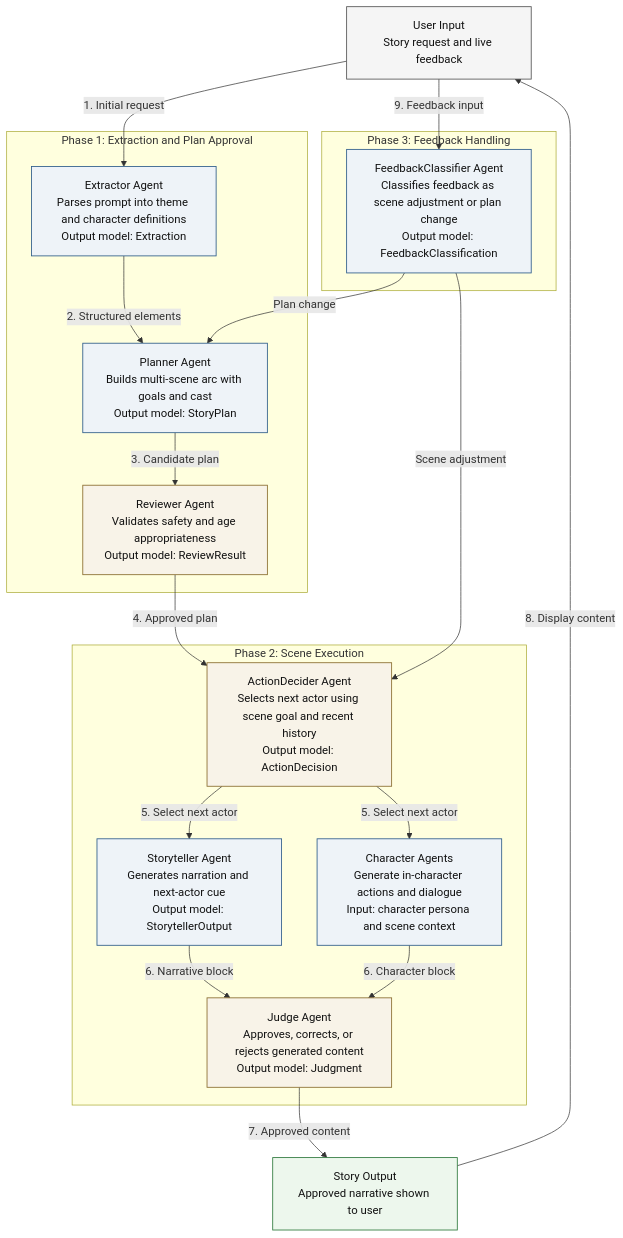
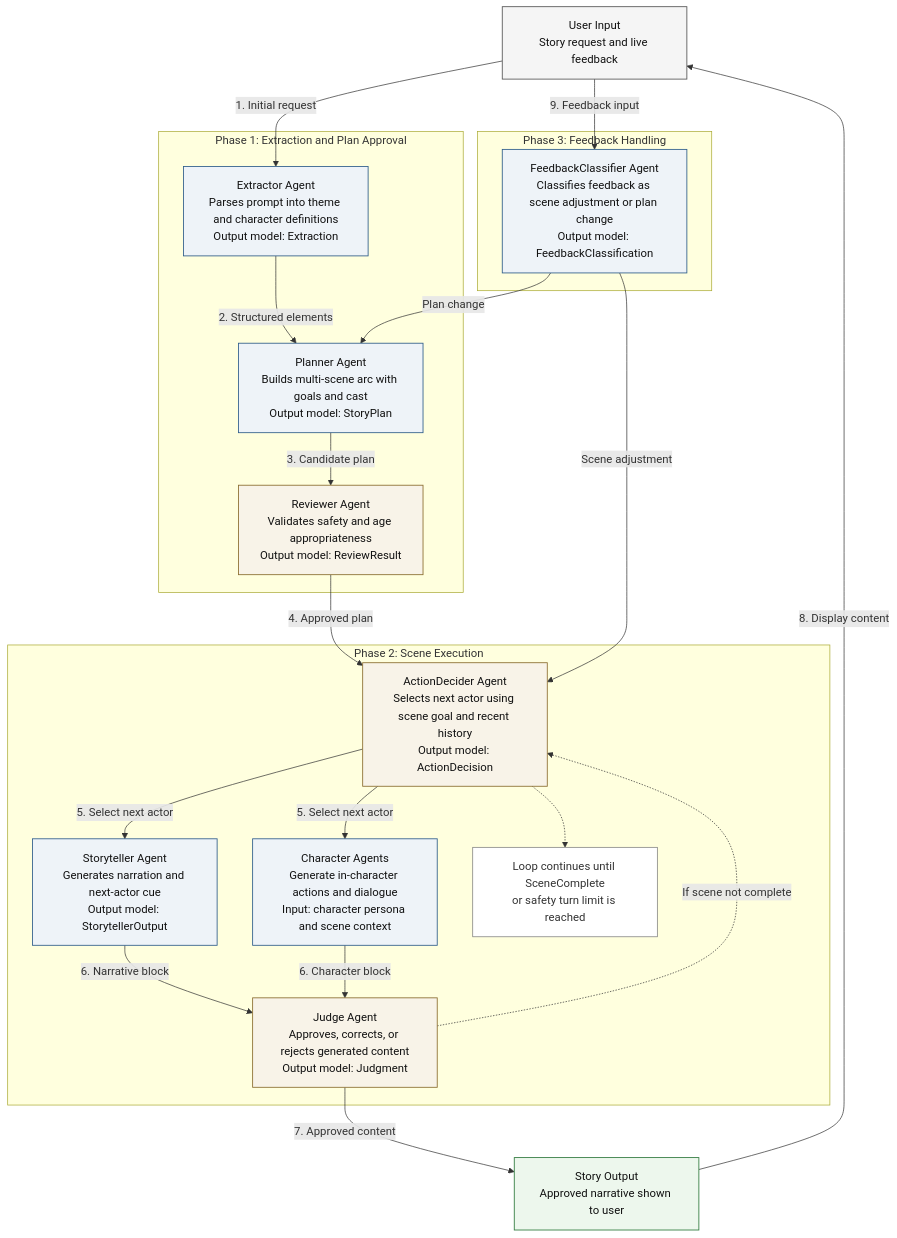
Before and after one commit to guptayush0130/Storyteller_Multi_Agent: the diagram in block_diagram.md, drawn with Mermaid.

Commit message:
Fixed mermaid

````diff
--- a/block_diagram.md
+++ b/block_diagram.md
@@ -5,44 +5,48 @@
 ```mermaid
 flowchart TD
     classDef user fill:#f5f5f5,stroke:#555,stroke-width:1.2px,color:#111
     classDef process fill:#eef3f8,stroke:#2f5d8a,stroke-width:1.2px,color:#111
     classDef control fill:#f8f3e8,stroke:#8a6d2f,stroke-width:1.2px,color:#111
     classDef output fill:#edf7ed,stroke:#2f7a3d,stroke-width:1.2px,color:#111
+    classDef note fill:#ffffff,stroke:#777,stroke-width:1px,color:#333
 
     User[User Input\nStory request and live feedback]:::user
 
     subgraph P1[Phase 1: Extraction and Plan Approval]
         Extractor[Extractor Agent\nParses prompt into theme and character definitions\nOutput model: Extraction]:::process
         Planner[Planner Agent\nBuilds multi-scene arc with goals and cast\nOutput model: StoryPlan]:::process
         Reviewer[Reviewer Agent\nValidates safety and age appropriateness\nOutput model: ReviewResult]:::control
     end
 
     subgraph P2[Phase 2: Scene Execution]
         Director[ActionDecider Agent\nSelects next actor using scene goal and recent history\nOutput model: ActionDecision]:::control
         Storyteller[Storyteller Agent\nGenerates narration and next-actor cue\nOutput model: StorytellerOutput]:::process
         Characters[Character Agents\nGenerate in-character actions and dialogue\nInput: character persona and scene context]:::process
         Judge[Judge Agent\nApproves, corrects, or rejects generated content\nOutput model: Judgment]:::control
+        LoopNote[Loop continues until SceneComplete\nor safety turn limit is reached]:::note
     end
 
     subgraph P3[Phase 3: Feedback Handling]
         Feedback[FeedbackClassifier Agent\nClassifies feedback as scene adjustment or plan change\nOutput model: FeedbackClassification]:::process
     end
 
     Output[Story Output\nApproved narrative shown to user]:::output
 
     User -->|1. Initial request| Extractor
     Extractor -->|2. Structured elements| Planner
     Planner -->|3. Candidate plan| Reviewer
     Reviewer -->|4. Approved plan| Director
 
     Director -->|5. Select next actor| Storyteller
     Director -->|5. Select next actor| Characters
     Storyteller -->|6. Narrative block| Judge
     Characters -->|6. Character block| Judge
+    Judge -.->|If scene not complete| Director
+    Director -.-> LoopNote
     Judge -->|7. Approved content| Output
 
     Output -->|8. Display content| User
     User -->|9. Feedback input| Feedback
     Feedback -->|Scene adjustment| Director
     Feedback -->|Plan change| Planner
 ```
````
